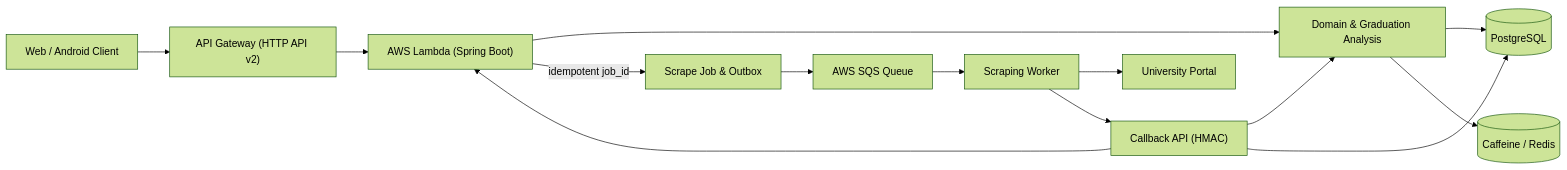
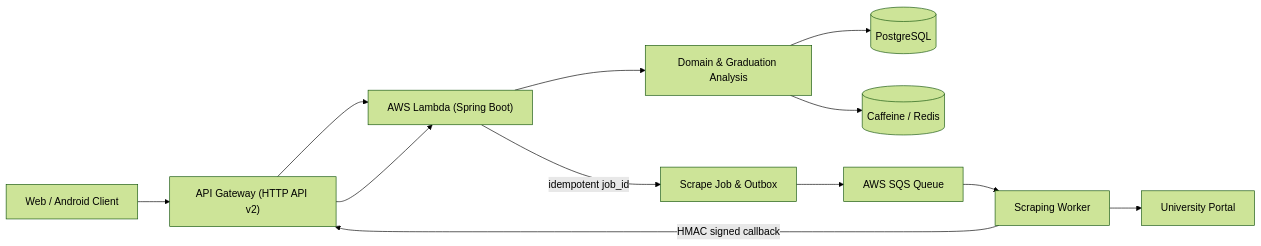
The diagram in README.md (cchaksa/cchaksa-backend), drawn with Mermaid (forest theme) before and after one commit. The commit also changed other lines of this file, not shown here.

Commit message:
209 docs: README 리뷰 피드백 반영

````diff
--- a/README.md
+++ b/README.md
@@ -93,22 +93,21 @@
 ```mermaid
 flowchart LR
     Client["Web / Android Client"]
     APIGW["API Gateway (HTTP API v2)"]
     Lambda["AWS Lambda (Spring Boot)"]
     Domain["Domain & Graduation Analysis"]
     DB[(PostgreSQL)]
     Cache[(Caffeine / Redis)]
     Outbox["Scrape Job & Outbox"]
     SQS["AWS SQS Queue"]
     Worker["Scraping Worker"]
     Portal["University Portal"]
-    Callback["Callback API (HMAC)"]
 
-    Client --> APIGW --> Lambda --> Domain
+    Client --> APIGW --> Lambda
+    Lambda --> Domain
     Domain --> DB
     Domain --> Cache
     Lambda -->|idempotent job_id| Outbox --> SQS --> Worker --> Portal
-    Worker --> Callback --> Lambda
-    Callback --> Domain
-    Callback --> DB
+    Worker -- HMAC signed callback --> APIGW
+    APIGW --> Lambda
 ```
````
